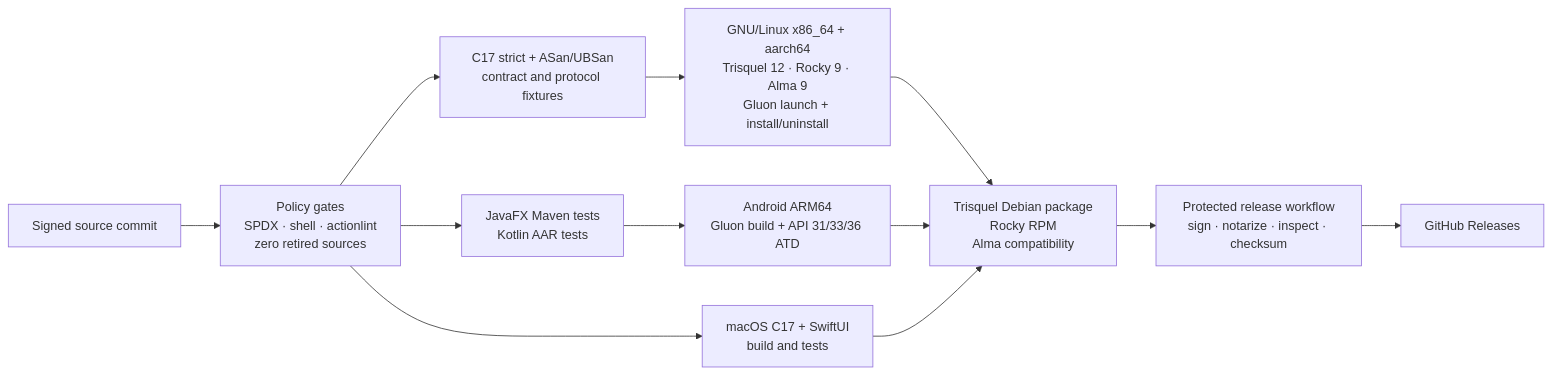
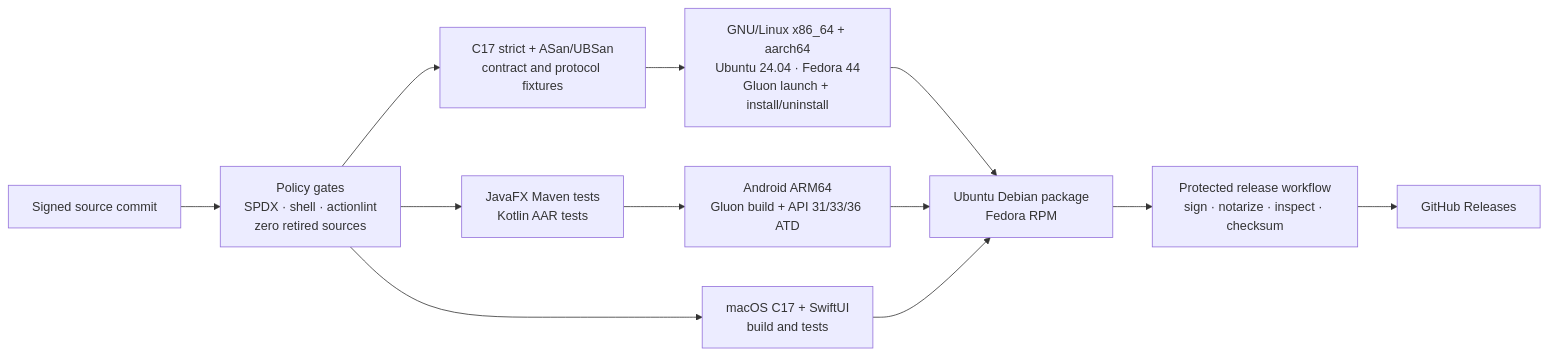
The third of 4 diagrams in README.md (JohnThre/clambhook), drawn with Mermaid before and after one commit. The commit also changed 33 other files, not shown here.

First line of the commit message:
Adopt Ubuntu and Fedora validation

````diff
--- a/README.md
+++ b/README.md
@@ -167,14 +167,14 @@
 ```mermaid
 flowchart LR
     source["Signed source commit"] --> policy["Policy gates<br/>SPDX · shell · actionlint<br/>zero retired sources"]
     policy --> ctest["C17 strict + ASan/UBSan<br/>contract and protocol fixtures"]
     policy --> jvm["JavaFX Maven tests<br/>Kotlin AAR tests"]
     policy --> apple["macOS C17 + SwiftUI<br/>build and tests"]
-    ctest --> linux["GNU/Linux x86_64 + aarch64<br/>Trisquel 12 · Rocky 9 · Alma 9<br/>Gluon launch + install/uninstall"]
+    ctest --> linux["GNU/Linux x86_64 + aarch64<br/>Ubuntu 24.04 · Fedora 44<br/>Gluon launch + install/uninstall"]
     jvm --> android["Android ARM64<br/>Gluon build + API 31/33/36 ATD"]
-    linux --> packages["Trisquel Debian package<br/>Rocky RPM<br/>Alma compatibility"]
+    linux --> packages["Ubuntu Debian package<br/>Fedora RPM"]
     android --> packages
     apple --> packages
     packages --> protected["Protected release workflow<br/>sign · notarize · inspect · checksum"]
     protected --> releases["GitHub Releases"]
 ```
````
